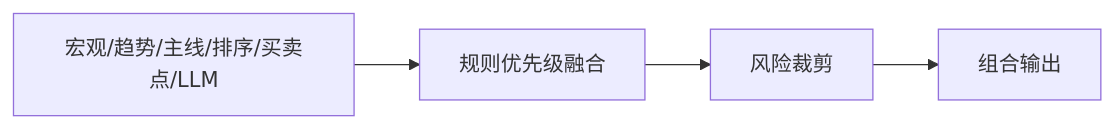
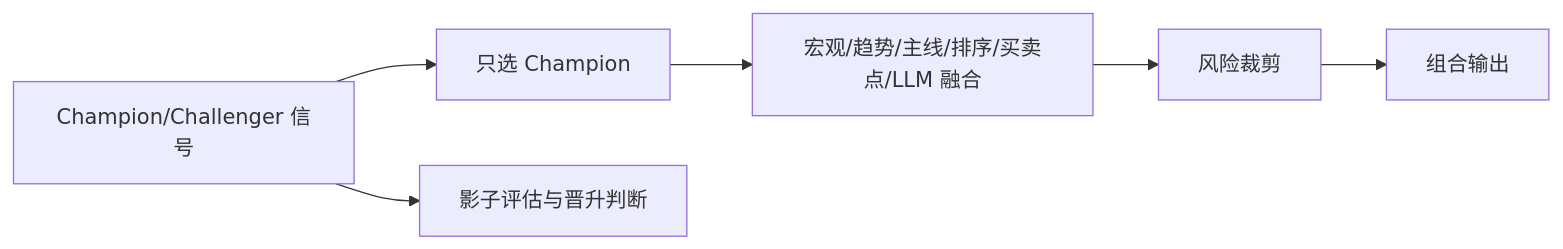
The diagram in docs/2.3 Sage股票智能交易平台信号融合与策略编排功能设计文档.md (xiaoguangdong/Sage), drawn with Mermaid before and after one commit. The commit also changed other lines of this file and 3 other files, not shown here.

````diff
--- a/docs/2.3 Sage股票智能交易平台信号融合与策略编排功能设计文档.md
+++ b/docs/2.3 Sage股票智能交易平台信号融合与策略编排功能设计文档.md
@@ -58,6 +128,8 @@
 ```mermaid
 flowchart LR
-  A["宏观/趋势/主线/排序/买卖点/LLM"] --> B["规则优先级融合"]
-  B --> C["风险裁剪"]
-  C --> D["组合输出"]
+  A["Champion/Challenger 信号"] --> B["只选 Champion"]
+  B --> C["宏观/趋势/主线/排序/买卖点/LLM 融合"]
+  C --> D["风险裁剪"]
+  D --> E["组合输出"]
+  A --> F["影子评估与晋升判断"]
 ```
````
